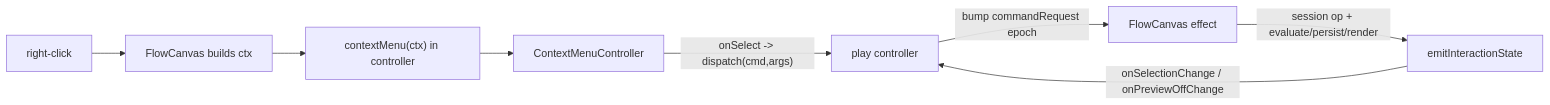
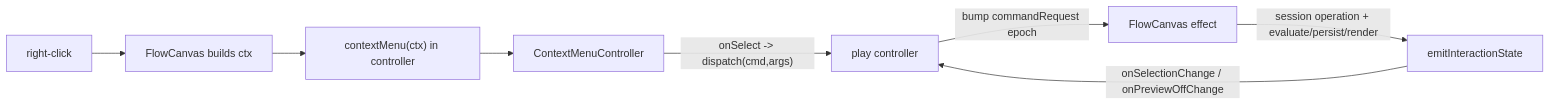
One commit to usalu/semio changed the diagram in .cursor/plans/flow_procedural_rich_context_menu_3757f380.plan.md. Above: the diagram before and after it, drawn with Mermaid. The commit also changed other lines of this file and 513 other files, not shown here.

````diff
--- a/.cursor/plans/flow_procedural_rich_context_menu_3757f380.plan.md
+++ b/.cursor/plans/flow_procedural_rich_context_menu_3757f380.plan.md
@@ -45,10 +45,10 @@
 ```mermaid
 flowchart LR
   rc["right-click"] --> fc["FlowCanvas builds ctx"]
   fc --> bld["contextMenu(ctx) in controller"]
   bld --> menu["ContextMenuController"]
   menu -->|"onSelect -> dispatch(cmd,args)"| ctrl["play controller"]
   ctrl -->|"bump commandRequest epoch"| fc2["FlowCanvas effect"]
-  fc2 -->|"session op + evaluate/persist/render"| emit["emitInteractionState"]
+  fc2 -->|"session operation + evaluate/persist/render"| emit["emitInteractionState"]
   emit -->|"onSelectionChange / onPreviewOffChange"| ctrl
 ```
````
